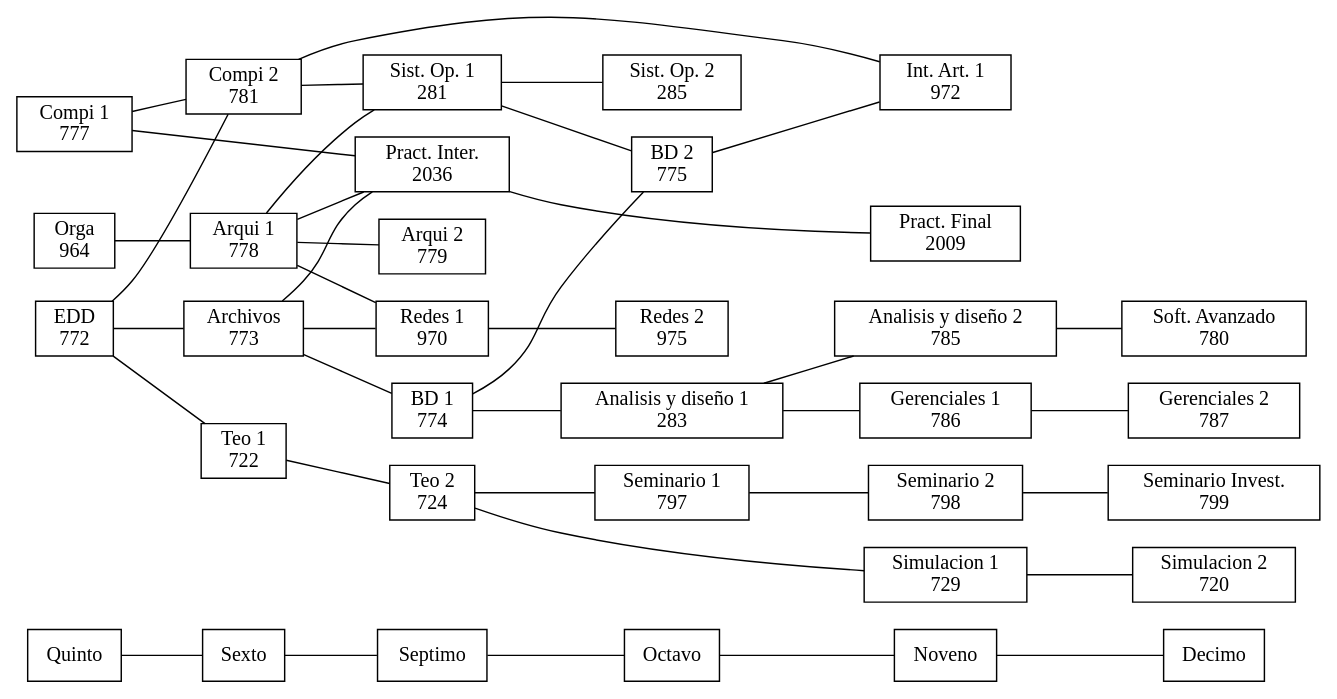
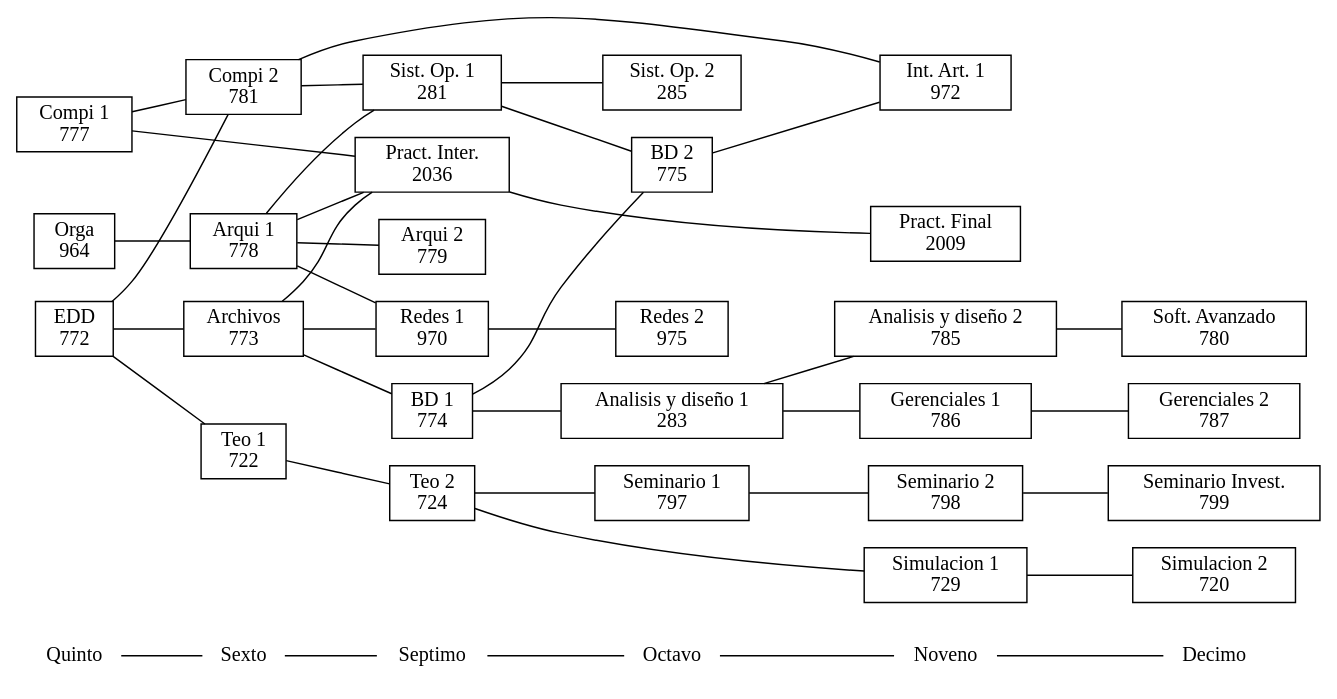
One commit to joseemelendez/Red-de-estudios changed the diagram in cursos.dot. Above: the diagram before and after it, drawn with Graphviz.

Commit message:
Cambio nombres de semestres :)

```diff
--- a/cursos.dot
+++ b/cursos.dot
@@ -1,129 +1,129 @@
 graph cursos{
 	
+	node [shape=none]
+    Quinto -- Sexto;
+	Sexto -- Septimo;
+	Septimo -- Octavo;
+	Octavo -- Noveno;
+	Noveno -- Decimo;
+
 	node [shape=record];
 	rankdir = LR;
 	/*struct1[label="<f0> left | <f1> middle | <f2> right"];
 	struct2[label="hello&#92;nworld |{ b |{c|<here> d|e}| f}| g | h"];
 
 
 	struc3[label="nombre &#92;n codigo |{ b |{c|<here> d|e}| f}| g | h"];
 
 	curso[label="{b|{x}}"];
 
 	curso2[label="nombre &#92;n codigo"];
 	*/
 
-	Quinto -- Sexto;
-	Sexto -- Septimo;
-	Septimo -- Octavo;
-	Octavo -- Noveno;
-	Noveno -- Decimo;
-
 	
-
 	//QUINTO
 	777[label="Compi 1 &#92;n 777"];
 	772[label="EDD &#92;n 772"];
 	964[label="Orga &#92;n 964"];
 
 	{rank = same Quinto 777 772 964}
 
 	//SEXTO
 	722[label="Teo 1 &#92;n 722"];
 	781[label="Compi 2 &#92;n 781"];
 	778[label="Arqui 1 &#92;n 778"];
 	773[label="Archivos &#92;n 773"];
 
 	{rank = same Sexto 722 781 778 773};
 
 	//SEPTIMO
 	724[label="Teo 2 &#92;n 724"];
 	281[label="Sist. Op. 1 &#92;n 281"];
 	779[label="Arqui 2 &#92;n 779"];
 	970[label="Redes 1 &#92;n 970"];
 	774[label="BD 1 &#92;n 774"];
 	2036[label="Pract. Inter. &#92;n 2036"];
 
 	{rank = same Septimo 724 281 779 970 774 2036};
 
 	//OCTAVO
 	285[label="Sist. Op. 2 &#92;n 285"];
 	975[label="Redes 2 &#92;n 975"];
 	775[label="BD 2 &#92;n 775"];
 	283[label="Analisis y diseño 1 &#92;n 283"];
 	797[label="Seminario 1 &#92;n 797"];
 
 	{rank = same Octavo 285 975 775 283 797};
 
 	//NOVENO
 	729[label="Simulacion 1 &#92;n 729"];
 	786[label="Gerenciales 1 &#92;n 786"];
 	972[label="Int. Art. 1 &#92;n 972"];
 	785[label="Analisis y diseño 2 &#92;n 785"];
 	798[label="Seminario 2 &#92;n 798"];
 	2009[label="Pract. Final &#92;n 2009"];
 
 	{rank = same Noveno 729 786 972 785 798 2009}
 
 	//DECIMO
 	787[label="Gerenciales 2 &#92;n 787"];
 	720[label="Simulacion 2 &#92;n 720"];
 	780[label="Soft. Avanzado &#92;n 780"];
 	799[label="Seminario Invest. &#92;n 799"];
 
 	{rank = same Decimo 787 720 780 799};
 
 
 	//RELACIONES
 	//QUINTO
 	777 -- {781,2036};
 	772 -- {722,781,773};
 	964 -- {778};
 
 	//SEXTO
 	722 -- {724};
 	781 -- {281,972};
 	778 -- {281,779,970,2036};
 	773 -- {970,774,2036};
 
 	//SEPTIMO
 	724 -- {797,729};
 	281 -- {285,775};
 	//779 -- {}; //arqui 2 ya no abre nada
 	970 -- {975};
 	774 -- {775,283};
 	2036 -- {2009};
 
 
 	//OCTAVO
 	//285 -- {}; SOPES 2 YA NO ABRE NADA
 	//975 -- {}; REDES 2 YA NO ABRE NADA
 	775 -- {972};
 	283 -- {786, 785};
 	797 -- {798};
 
 
 	//NOVENO
 	729 -- {720};
 	786 -- {787};
 	//972 -- {}; INTELIGENCIA 1 YA NO ABRE NADA OBLIGATORIO
 	785 -- {780};
 	798 -- {799};
 	//2009 -- {}; FINALES YA NO ABRE NADA
 
 
 	//FIN
 
 
 
 
 
 
 
 
 
 
 
 
 
 }
```
